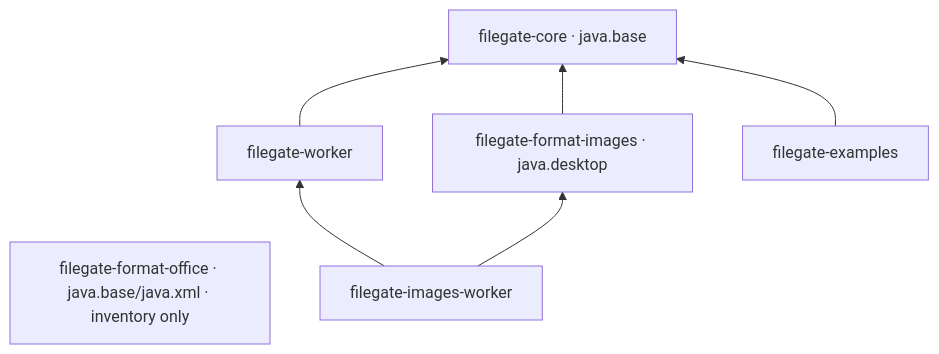
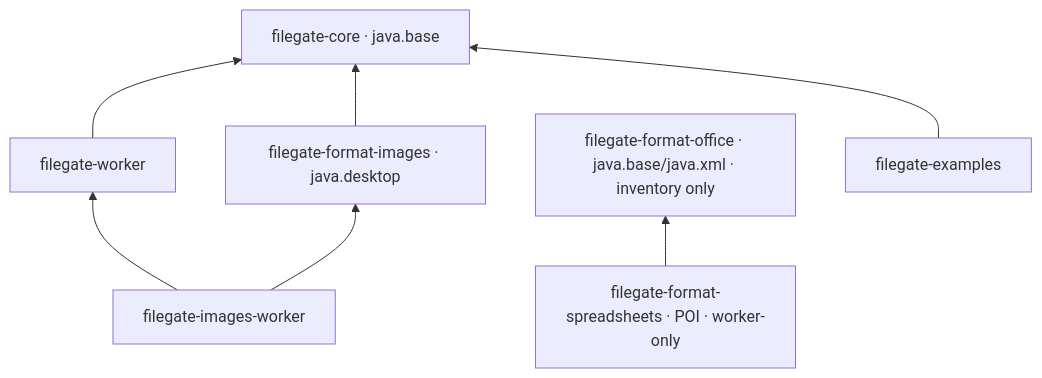
The diagram in docs/architecture.md (alby-raju/filegate), drawn with Mermaid before and after one commit. The commit also changed 24 other files, not shown here.

````diff
--- a/docs/architecture.md
+++ b/docs/architecture.md
@@ -10,9 +10,10 @@
 ```mermaid
 flowchart BT
     Worker["filegate-worker"] --> Core["filegate-core · java.base"]
     Images["filegate-format-images · java.desktop"] --> Core
     Office["filegate-format-office · java.base/java.xml · inventory only"]
+    Spreadsheets["filegate-format-spreadsheets · POI · worker-only"] --> Office
     ImageWorker["filegate-images-worker"] --> Worker
     ImageWorker --> Images
     Examples["filegate-examples"] --> Core
 ```
````
